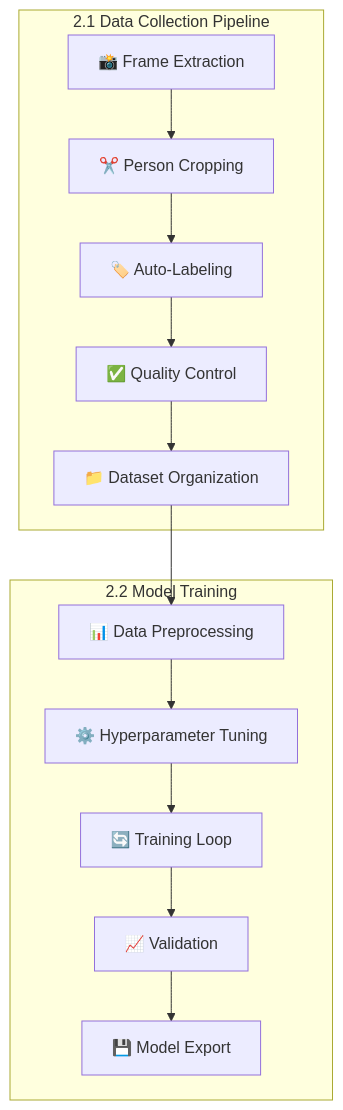
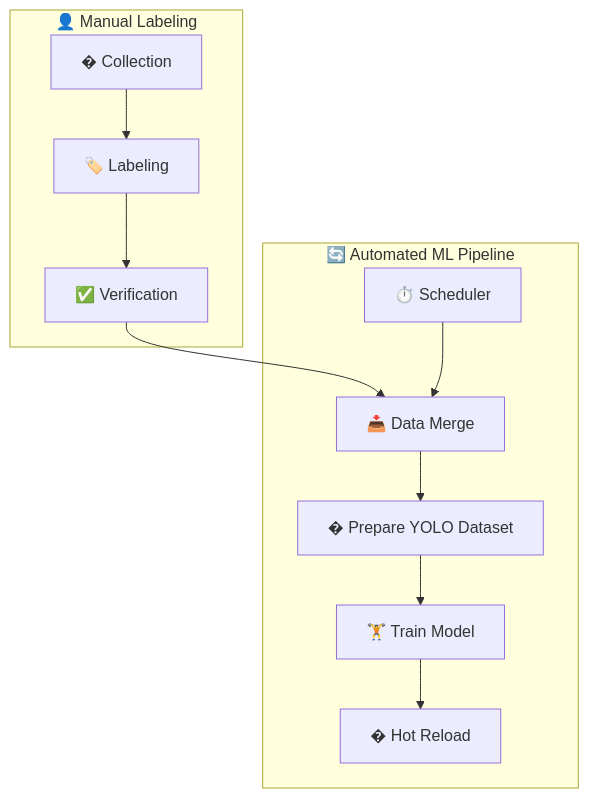
One commit to MuksithMRA/VisonTera-AI changed the fourth of 12 diagrams in IMPLEMENTATION_PIPELINE.md. Above: the diagram before and after it, drawn with Mermaid. The commit also changed other lines of this file and 9 other files, not shown here.

````diff
--- a/IMPLEMENTATION_PIPELINE.md
+++ b/IMPLEMENTATION_PIPELINE.md
@@ -141,21 +141,19 @@
 ```mermaid
 flowchart TB
-    subgraph DataPipeline["2.1 Data Collection Pipeline"]
-        D1["📸 Frame Extraction"]
-        D2["✂️ Person Cropping"]
-        D3["🏷️ Auto-Labeling"]
-        D4["✅ Quality Control"]
-        D5["📁 Dataset Organization"]
+    subgraph AutoPipeline["🔄 Automated ML Pipeline"]
+        Scheduler["⏱️ Scheduler"]
+        Merge["📥 Data Merge"]
+        Prepare["�️ Prepare YOLO Dataset"]
+        Train["🏋️ Train Model"]
+        Reload["� Hot Reload"]
     end
     
-    subgraph Training["2.2 Model Training"]
-        T1["📊 Data Preprocessing"]
-        T2["⚙️ Hyperparameter Tuning"]
-        T3["🔄 Training Loop"]
-        T4["📈 Validation"]
-        T5["💾 Model Export"]
+    subgraph Manual["👤 Manual Labeling"]
+        Collect["� Collection"]
+        Label["🏷️ Labeling"]
+        Verify["✅ Verification"]
     end
     
-    D1 --> D2 --> D3 --> D4 --> D5 --> T1
-    T1 --> T2 --> T3 --> T4 --> T5
+    Collect --> Label --> Verify --> Merge
+    Scheduler --> Merge --> Prepare --> Train --> Reload
 ```
````
